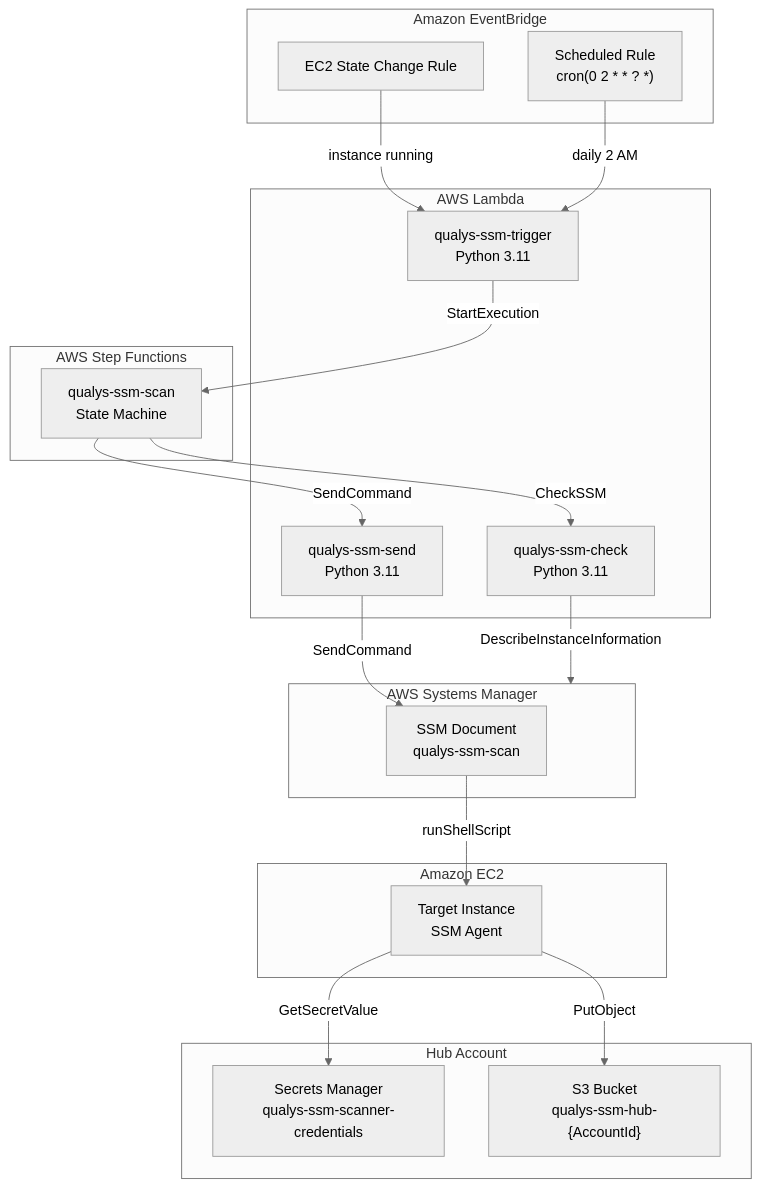
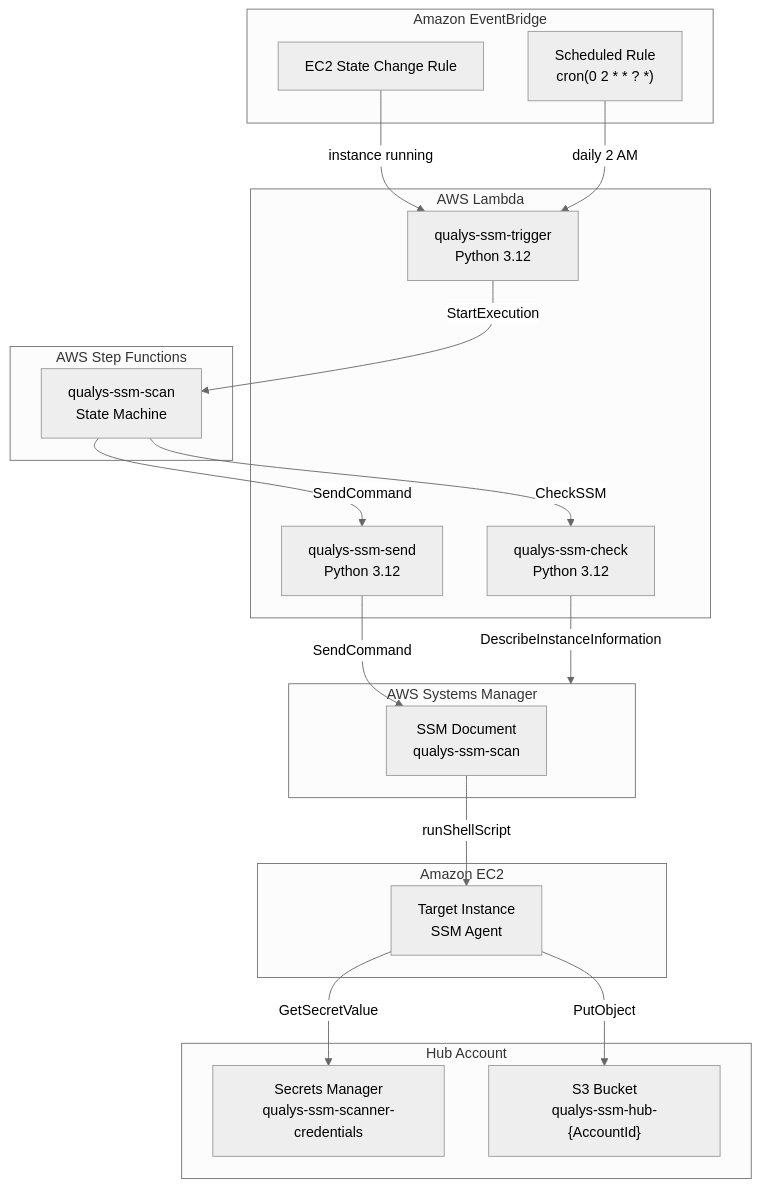
One commit to nelssec/qualys-ssm changed the seventh of 16 diagrams in docs/technical-blog.md. Above: the diagram before and after it, drawn with Mermaid (neutral theme). The commit also changed other lines of this file and 5 other files, not shown here.

````diff
--- a/docs/technical-blog.md
+++ b/docs/technical-blog.md
@@ -143,41 +143,41 @@
 ```mermaid
 flowchart TB
     subgraph EventBridge["Amazon EventBridge"]
         EC2Event["EC2 State Change Rule"]
         SchedEvent["Scheduled Rule<br/>cron(0 2 * * ? *)"]
     end
 
     subgraph Lambda["AWS Lambda"]
-        Trigger["qualys-ssm-trigger<br/>Python 3.11"]
-        Check["qualys-ssm-check<br/>Python 3.11"]
-        Send["qualys-ssm-send<br/>Python 3.11"]
+        Trigger["qualys-ssm-trigger<br/>Python 3.12"]
+        Check["qualys-ssm-check<br/>Python 3.12"]
+        Send["qualys-ssm-send<br/>Python 3.12"]
     end
 
     subgraph StepFunctions["AWS Step Functions"]
         SM["qualys-ssm-scan<br/>State Machine"]
     end
 
     subgraph SSM["AWS Systems Manager"]
         Doc["SSM Document<br/>qualys-ssm-scan"]
     end
 
     subgraph EC2["Amazon EC2"]
         Instance["Target Instance<br/>SSM Agent"]
     end
 
     subgraph Hub["Hub Account"]
         Secrets["Secrets Manager<br/>qualys-ssm-scanner-credentials"]
         S3["S3 Bucket<br/>qualys-ssm-hub-{AccountId}"]
     end
 
     EC2Event -->|"instance running"| Trigger
     SchedEvent -->|"daily 2 AM"| Trigger
     Trigger -->|"StartExecution"| SM
     SM -->|"CheckSSM"| Check
     Check -->|"DescribeInstanceInformation"| SSM
     SM -->|"SendCommand"| Send
     Send -->|"SendCommand"| Doc
     Doc -->|"runShellScript"| Instance
     Instance -->|"GetSecretValue"| Secrets
     Instance -->|"PutObject"| S3
 ```
````
